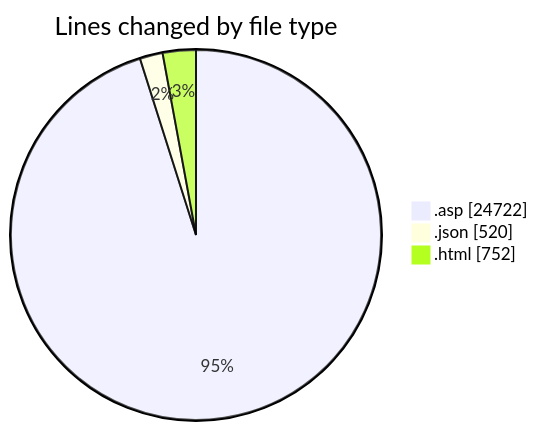
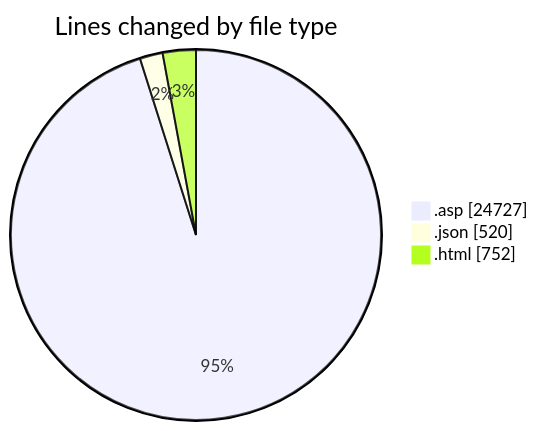
One commit to julien-gomy/code-tracking changed the first of 2 diagrams in 2025-11-01/cdp_aleoudev_fr__workspace_/README.md. Above: the diagram before and after it, drawn with Mermaid. The commit also changed other lines of this file and 1 other file, not shown here.

````diff
--- a/2025-11-01/cdp_aleoudev_fr__workspace_/README.md
+++ b/2025-11-01/cdp_aleoudev_fr__workspace_/README.md
@@ -33,7 +33,7 @@
 ```mermaid
 pie showData
 title Lines changed by file type
-".asp" : 24722
+".asp" : 24727
 ".json" : 520
 ".html" : 752
 ```
````
